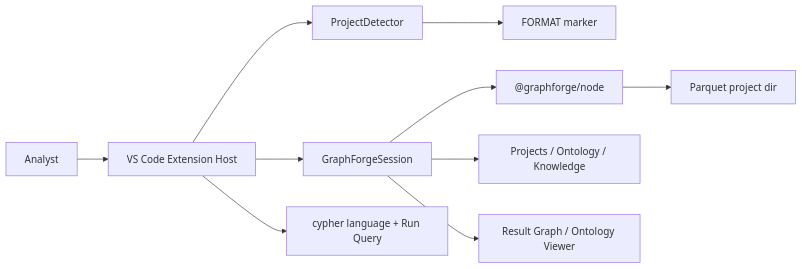
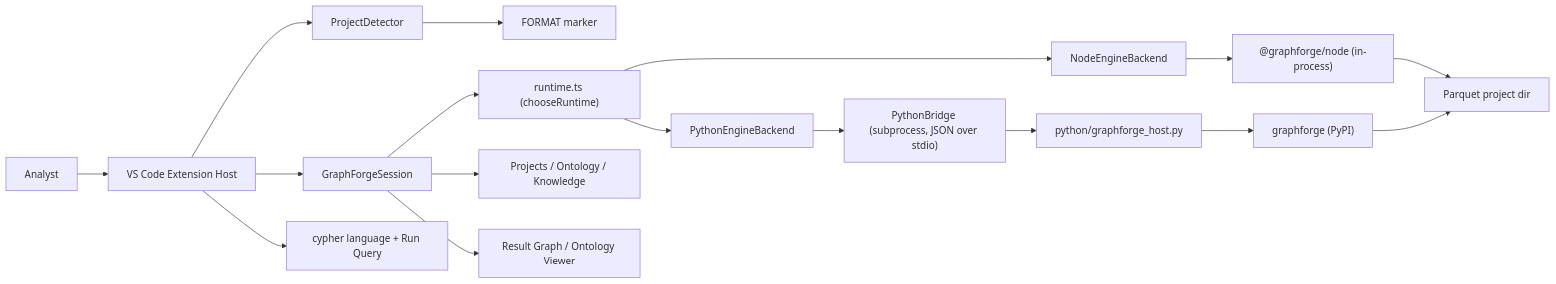
One commit to CurateLabs/graphforge-vscode changed the diagram in docs/engineering/ARCHITECTURE.md. Above: the diagram before and after it, drawn with Mermaid. The commit also changed other lines of this file and 31 other files, not shown here.

````diff
--- a/docs/engineering/ARCHITECTURE.md
+++ b/docs/engineering/ARCHITECTURE.md
@@ -9,12 +10,19 @@
 ```mermaid
 flowchart LR
   Analyst["Analyst"] --> Vscode["VS Code Extension Host"]
   Vscode --> Detector["ProjectDetector"]
   Vscode --> Session["GraphForgeSession"]
   Detector --> Format["FORMAT marker"]
-  Session --> Native["@graphforge/node"]
+  Session --> Runtime["runtime.ts (chooseRuntime)"]
+  Runtime --> NodeBackend["NodeEngineBackend"]
+  Runtime --> PyBackend["PythonEngineBackend"]
+  NodeBackend --> Native["@graphforge/node (in-process)"]
+  PyBackend --> Bridge["PythonBridge (subprocess, JSON over stdio)"]
+  Bridge --> Host["python/graphforge_host.py"]
+  Host --> PyPkg["graphforge (PyPI)"]
   Native --> ProjectDir["Parquet project dir"]
+  PyPkg --> ProjectDir
   Session --> Trees["Projects / Ontology / Knowledge"]
   Session --> Webviews["Result Graph / Ontology Viewer"]
   Vscode --> Cypher["cypher language + Run Query"]
 ```
````
